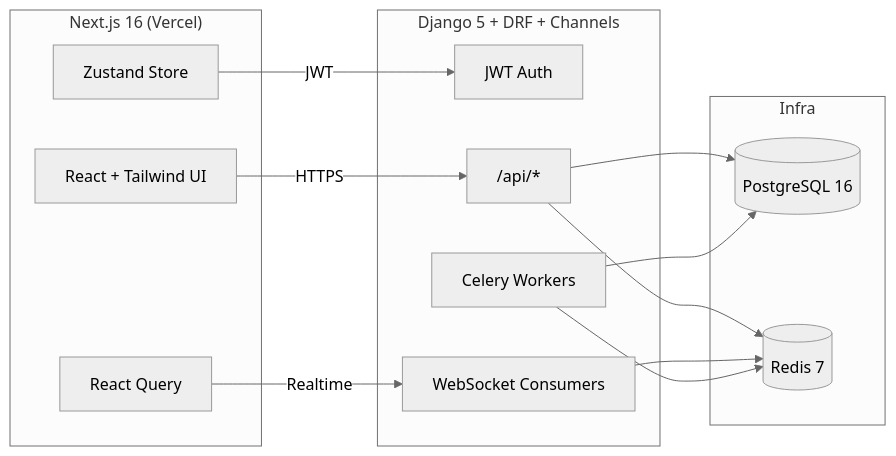
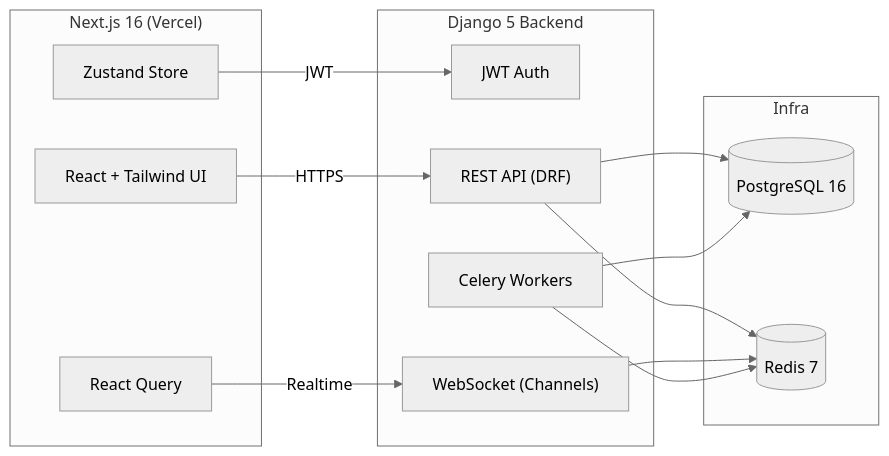
Before and after one commit to KAPSULA1/relaydesk: the diagram in README.md, drawn with Mermaid (neutral theme).

Commit message:
docs: improve architecture diagram clarity and component labels
Refined the Mermaid architecture diagram to prevent text overlap and
improve readability on GitHub. Component labels now explicitly mention
the technologies used (DRF, Channels) within each box rather than
cramming everything into the subgraph title.

Changes:
- Simplified backend title from "Django 5 + DRF + Channels" to "Django 5 Backend"
- Updated REST component label to "REST API (DRF)" for clarity
- Updated WebSocket label to "WebSocket (Channels)" for clarity
- Removed generic "/api/*" and "WebSocket Consumers" in favor of descriptive labels

This ensures the diagram renders cleanly on all screen sizes and makes
the tech stack immediately clear to viewers browsing the repository.

````diff
--- a/README.md
+++ b/README.md
@@ -28,29 +28,29 @@
 ```mermaid
 flowchart LR
   subgraph Browser["Next.js 16 (Vercel)"]
     UI["React + Tailwind UI"]
     State["Zustand Store"]
     Query["React Query"]
   end
 
-  subgraph API["Django 5 + DRF + Channels"]
+  subgraph API["Django 5 Backend"]
     Auth["JWT Auth"]
-    Rest["/api/*"]
-    Socket["WebSocket Consumers"]
+    Rest["REST API (DRF)"]
+    Socket["WebSocket (Channels)"]
     Tasks["Celery Workers"]
   end
 
   subgraph Infra["Infra"]
     DB[(PostgreSQL 16)]
     Cache[(Redis 7)]
   end
 
   UI -->|HTTPS| Rest
   State -->|JWT| Auth
   Query -->|Realtime| Socket
   Rest --> DB
   Rest --> Cache
   Socket --> Cache
   Tasks --> Cache
   Tasks --> DB
 ```
````
